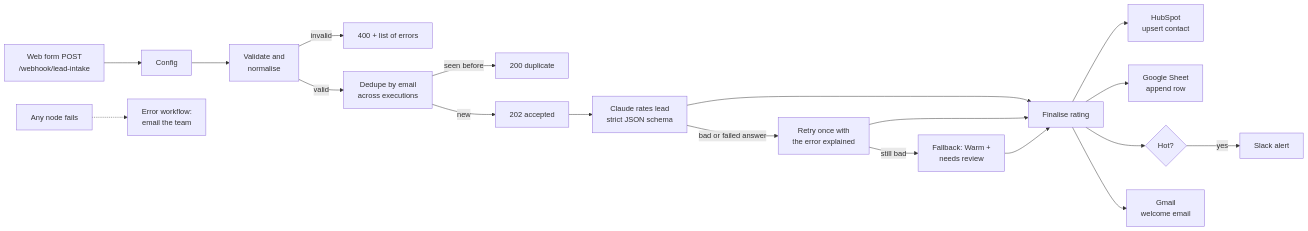
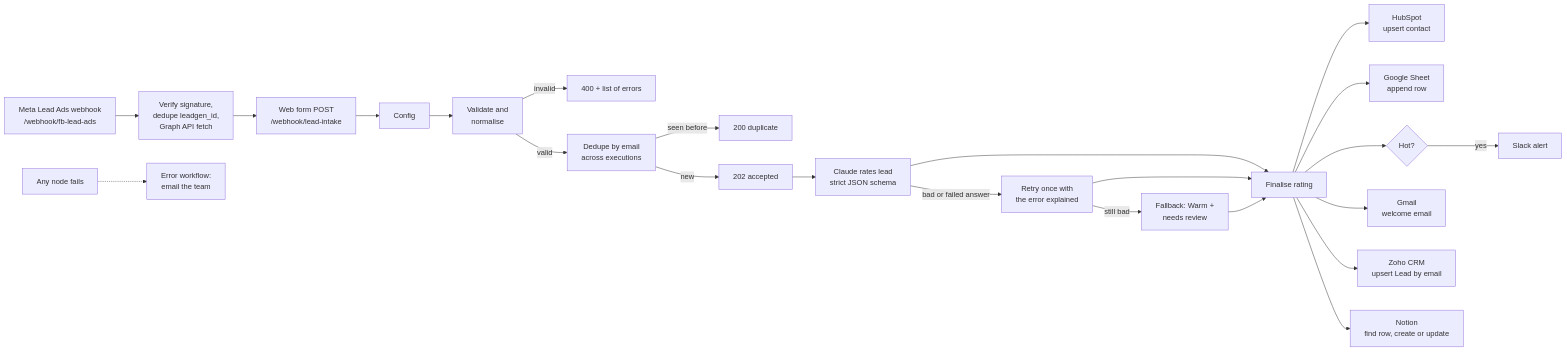
Before and after one commit to ParishSynthMind/n8n-ai-lead-pipeline: the diagram in README.md, drawn with Mermaid. The commit also changed other lines of this file and 21 other files, not shown here.

First line of the commit message:
Add Facebook Lead Ads intake, Zoho CRM and Notion destinations

````diff
--- a/README.md
+++ b/README.md
@@ -11,21 +13,24 @@
 ```mermaid
 flowchart LR
+    FB[Meta Lead Ads webhook<br/>/webhook/fb-lead-ads] --> FB2[Verify signature,<br/>dedupe leadgen_id,<br/>Graph API fetch] --> A
     A[Web form POST<br/>/webhook/lead-intake] --> B[Config]
     B --> C[Validate and<br/>normalise]
     C -->|invalid| R1[400 + list of errors]
     C -->|valid| D[Dedupe by email<br/>across executions]
     D -->|seen before| R2[200 duplicate]
     D -->|new| R3[202 accepted]
     R3 --> E[Claude rates lead<br/>strict JSON schema]
     E -->|bad or failed answer| F[Retry once with<br/>the error explained]
     F -->|still bad| G[Fallback: Warm +<br/>needs review]
     E --> H[Finalise rating]
     F --> H
     G --> H
     H --> I[HubSpot<br/>upsert contact]
     H --> J[Google Sheet<br/>append row]
     H --> K{Hot?}
     K -->|yes| L[Slack alert]
     H --> M[Gmail<br/>welcome email]
+    H --> Z[Zoho CRM<br/>upsert Lead by email]
+    H --> N[Notion<br/>find row, create or update]
     X[Any node fails] -.-> Y[Error workflow:<br/>email the team]
 ```
````
